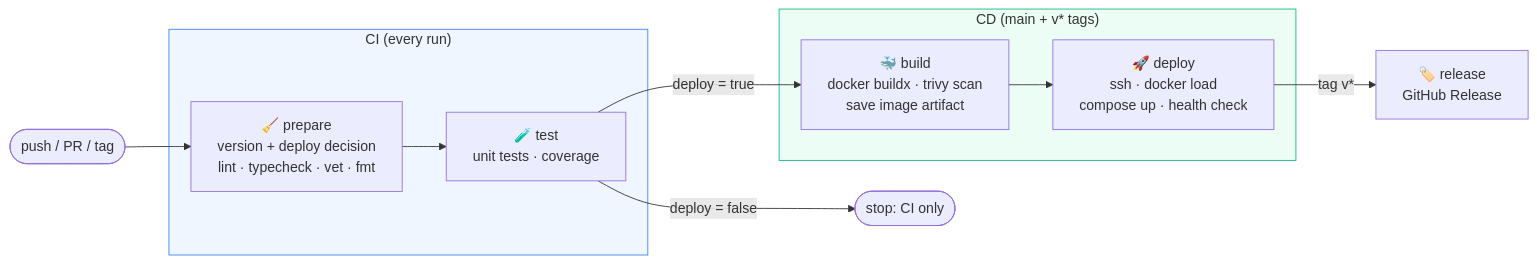
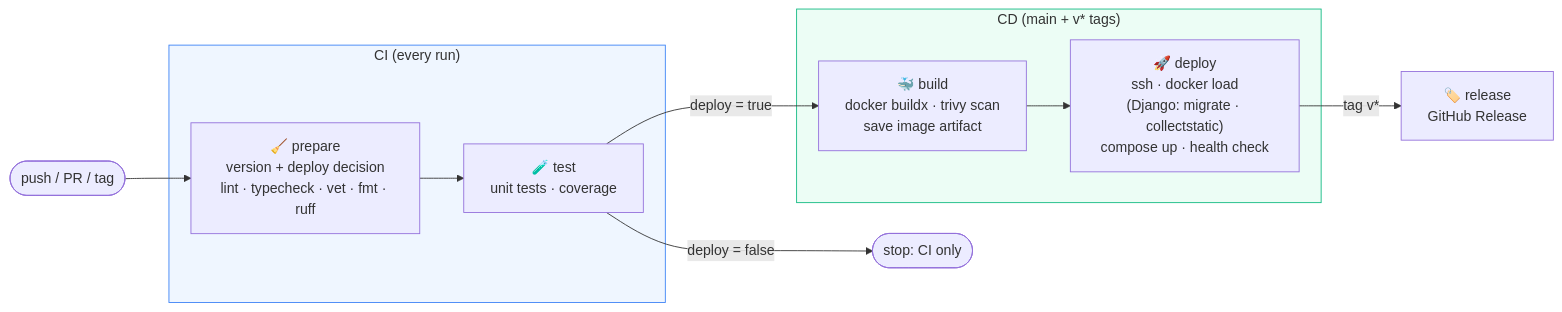
One commit to ppeymann/ci-templates changed the first of 3 diagrams in README.md. Above: the diagram before and after it, drawn with Mermaid. The commit also changed other lines of this file and 1 other file, not shown here.

Commit message:
feat: add django-docker template

````diff
--- a/README.md
+++ b/README.md
@@ -67,20 +70,20 @@
 ```mermaid
 flowchart LR
     A([push / PR / tag]) --> P
 
     subgraph CI [" CI (every run) "]
-      P["🧹 prepare<br/>version + deploy decision<br/>lint · typecheck · vet · fmt"] --> T["🧪 test<br/>unit tests · coverage"]
+      P["🧹 prepare<br/>version + deploy decision<br/>lint · typecheck · vet · fmt · ruff"] --> T["🧪 test<br/>unit tests · coverage"]
     end
 
     T -->|deploy = true| B
 
     subgraph CD [" CD (main + v* tags) "]
-      B["🐳 build<br/>docker buildx · trivy scan<br/>save image artifact"] --> D["🚀 deploy<br/>ssh · docker load<br/>compose up · health check"]
+      B["🐳 build<br/>docker buildx · trivy scan<br/>save image artifact"] --> D["🚀 deploy<br/>ssh · docker load<br/>(Django: migrate · collectstatic)<br/>compose up · health check"]
     end
 
     D -->|tag v*| R["🏷️ release<br/>GitHub Release"]
     T -->|deploy = false| X([stop: CI only])
 
     style CI fill:#eff6ff,stroke:#3b82f6
     style CD fill:#ecfdf5,stroke:#10b981
 ```
````
